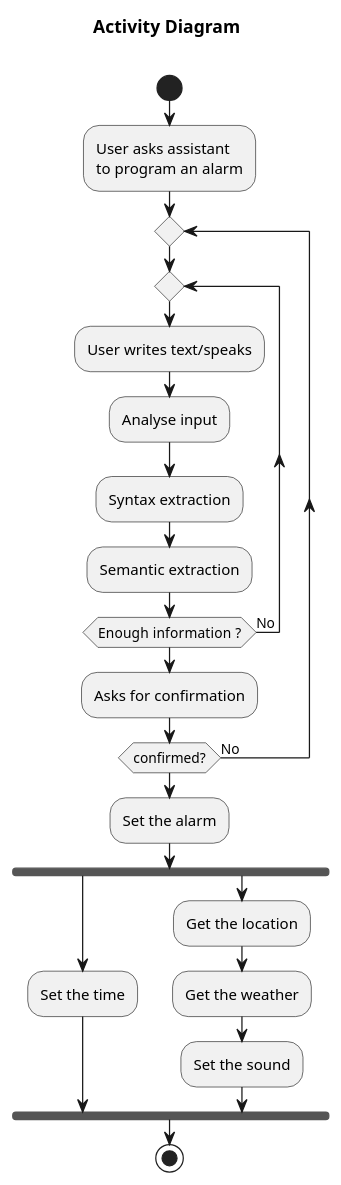
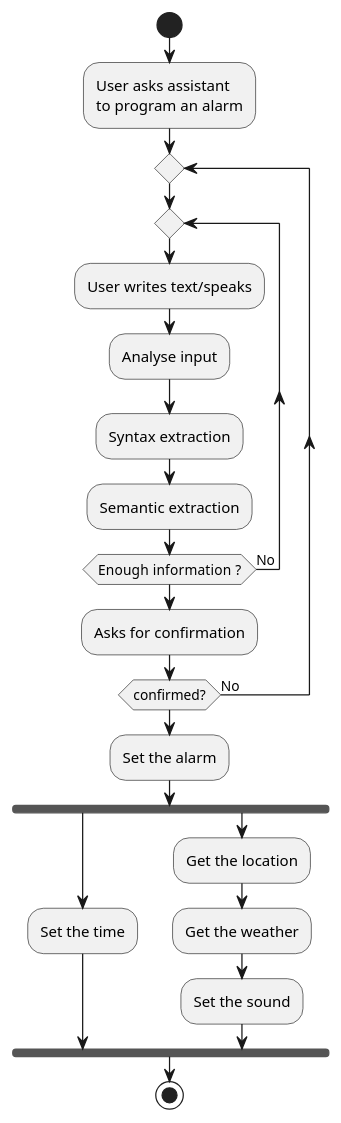
Before and after one commit to alexandre-lelain/ihme-agent-assistant: the diagram in docs/conception/source/activityDiagram.puml, drawn with PlantUML. The commit also changed 7 other files, not shown here.

Commit message:
Passage sur diagrammes UML

```diff
--- a/docs/conception/source/activityDiagram.puml
+++ b/docs/conception/source/activityDiagram.puml
@@ -1,30 +1,28 @@
 @startuml
-
-title Activity Diagram \n
 
 start
 
 :User asks assistant\nto program an alarm;
 
 repeat
     repeat
       :User writes text/speaks;
       :Analyse input;
       :Syntax extraction;
       :Semantic extraction;
     repeat while (Enough information  ?) is (No)
     :Asks for confirmation;
 repeat while (confirmed?) is (No)
 
 :Set the alarm;
 
 fork
     :Set the time;
 fork again
     :Get the location;
     :Get the weather;
     :Set the sound;
 end fork
 stop
 
 @enduml
```
